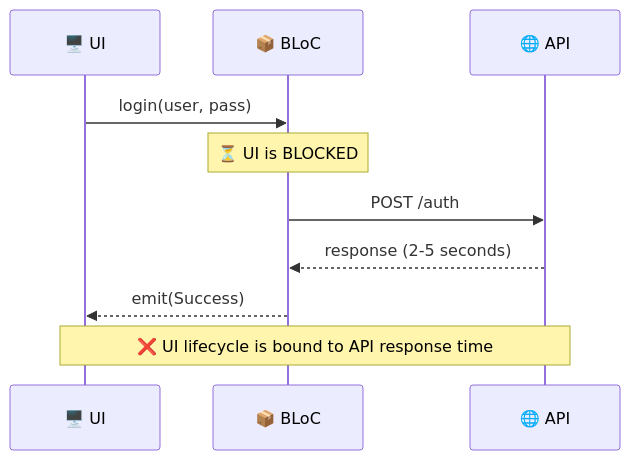
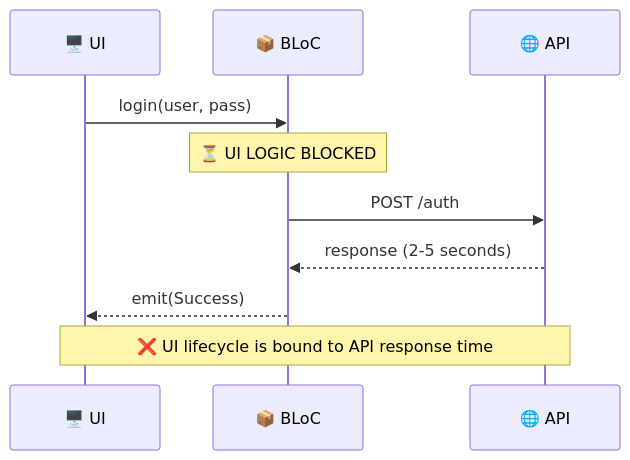
The second of 6 diagrams in book/chapters/01_the_pain.md (lploc94/flutter_orchestrator), drawn with Mermaid before and after one commit. The commit also changed other lines of this file and 31 other files, not shown here.

````diff
--- a/book/chapters/01_the_pain.md
+++ b/book/chapters/01_the_pain.md
@@ -41,14 +49,14 @@
 ```mermaid
 sequenceDiagram
     participant UI as 🖥️ UI
     participant BLoC as 📦 BLoC
     participant API as 🌐 API
     
     UI->>BLoC: login(user, pass)
-    Note over BLoC: ⏳ UI is BLOCKED
+    Note over BLoC: ⏳ UI LOGIC BLOCKED
     BLoC->>API: POST /auth
     API-->>BLoC: response (2-5 seconds)
     BLoC-->>UI: emit(Success)
     
     Note over UI,API: ❌ UI lifecycle is bound to API response time
 ```
````
